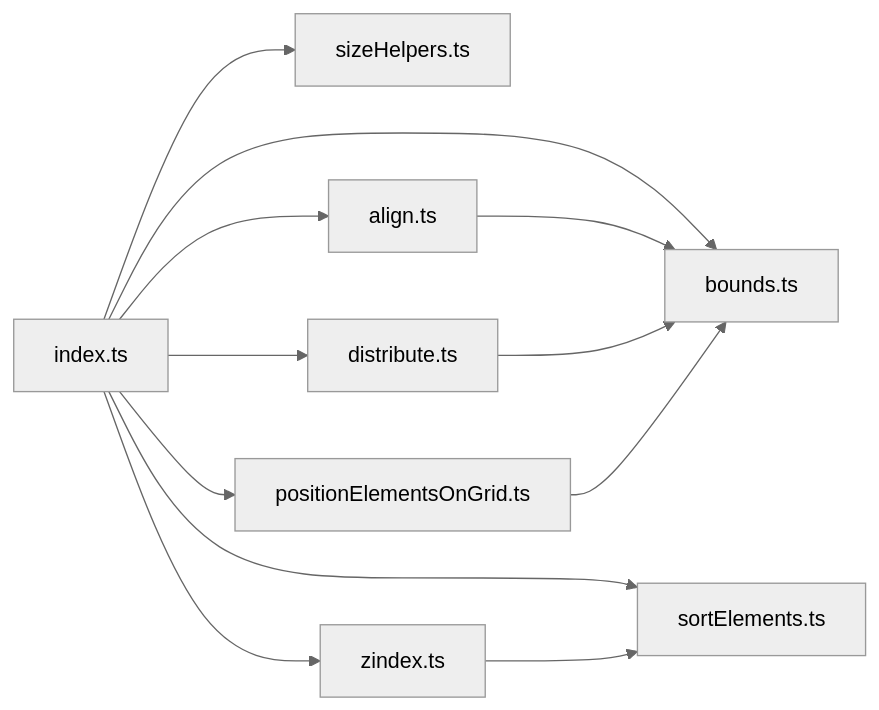
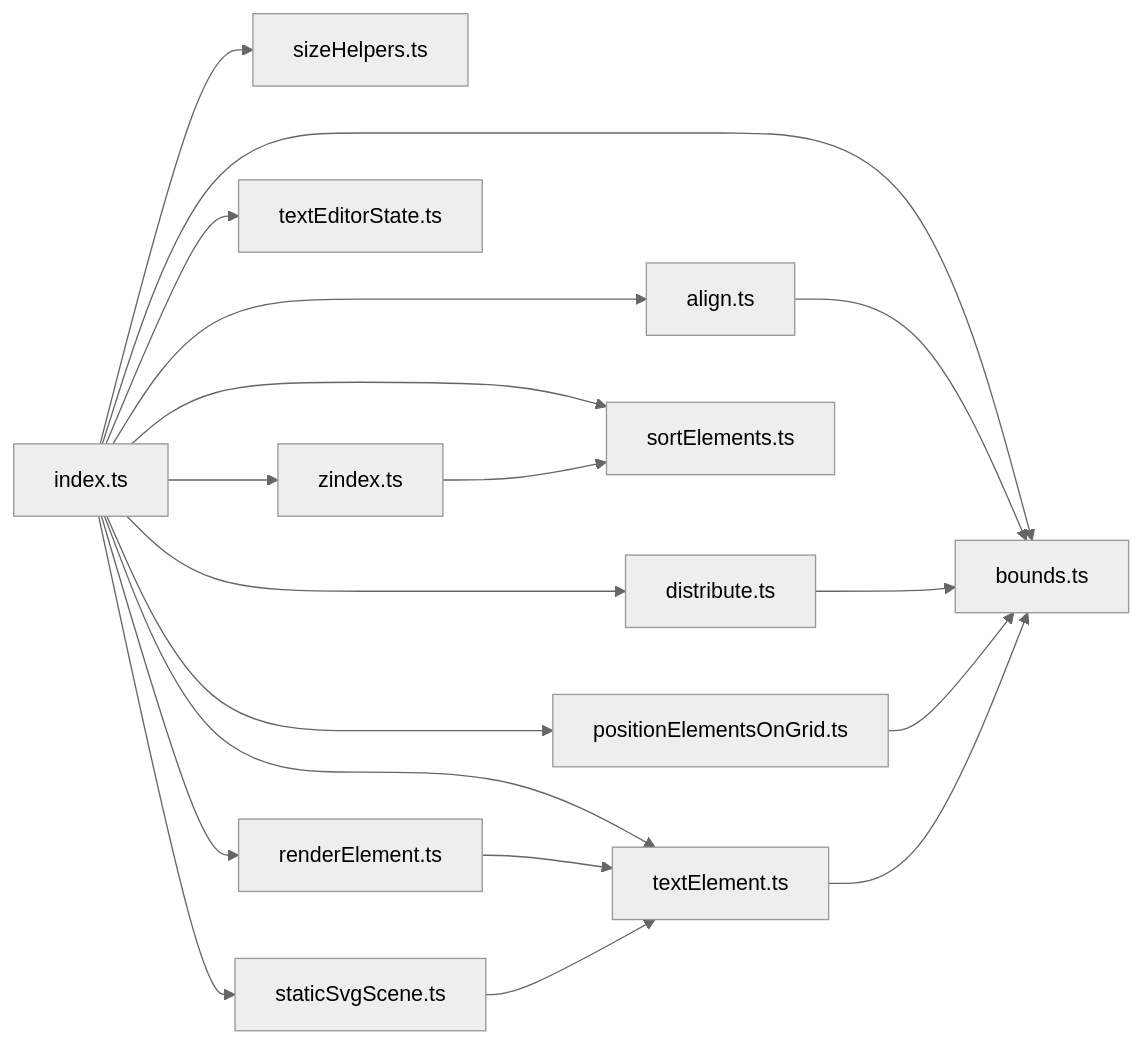
Before and after one commit to Az-qianchen/Excalidraw: diagram 15 of 15 in .qoder/repowiki/zh/content/元素系统/元素工具函数.md, drawn with Mermaid (neutral theme). The commit also changed other lines of this file and 14 other files, not shown here.

````diff
--- a/.qoder/repowiki/zh/content/元素系统/元素工具函数.md
+++ b/.qoder/repowiki/zh/content/元素系统/元素工具函数.md
@@ -431,14 +481,21 @@
 ```mermaid
 graph LR
 IN["index.ts"] --> SH["sizeHelpers.ts"]
 IN --> BD["bounds.ts"]
 IN --> AL["align.ts"]
 IN --> DR["distribute.ts"]
 IN --> ZI["zindex.ts"]
 IN --> SO["sortElements.ts"]
 IN --> PG["positionElementsOnGrid.ts"]
+IN --> TE["textElement.ts"]
+IN --> TES["textEditorState.ts"]
+IN --> RE["renderElement.ts"]
+IN --> SS["staticSvgScene.ts"]
 ZI --> SO
 AL --> BD
 DR --> BD
 PG --> BD
+TE --> BD
+RE --> TE
+SS --> TE
 ```
````
